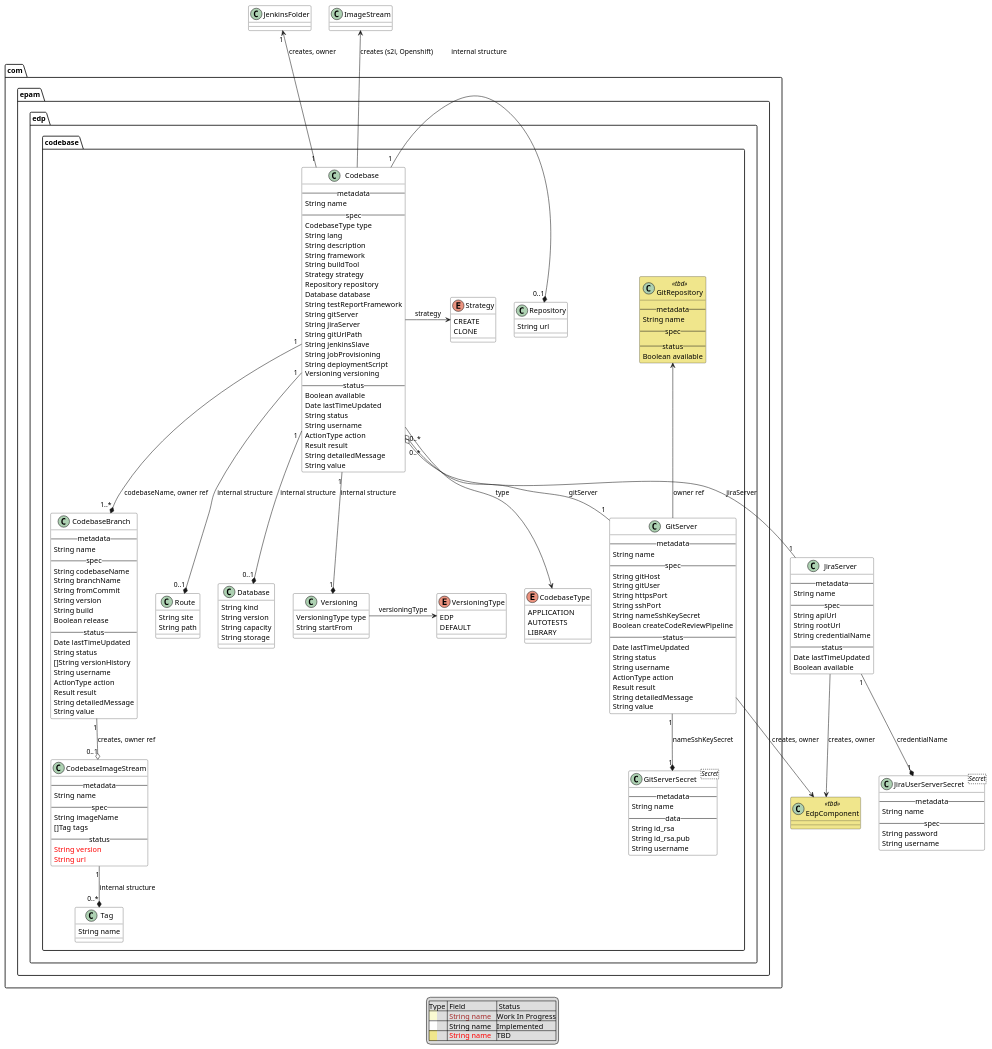
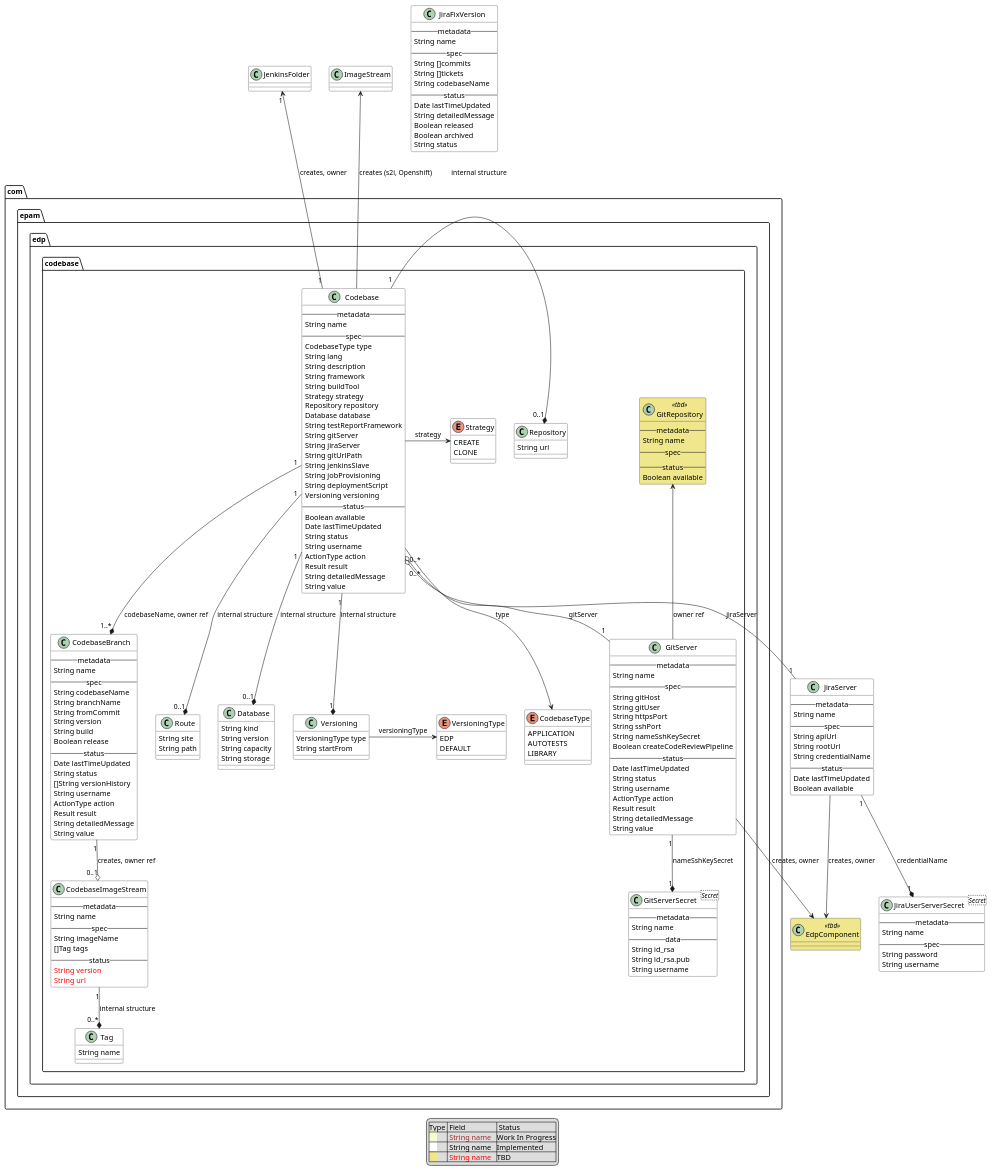
Before and after one commit to epam/edp-codebase-operator: the diagram in documentation/puml/arch.puml, drawn with PlantUML. The commit also changed 5 other files, not shown here.

Commit message:
[EPMDEDP-4556] Set ownerRef in JiraFixVersion controller; Update arch diagram with JiraFixVersion

```diff
--- a/documentation/puml/arch.puml
+++ b/documentation/puml/arch.puml
@@ -186,6 +186,21 @@
        String username
   }
 
+  class JiraFixVersion {
+    -- metadata --
+        String name
+    -- spec --
+        String []commits
+        String []tickets
+        String codebaseName
+    -- status --
+        Date lastTimeUpdated
+        String detailedMessage
+        Boolean released
+        Boolean archived
+        String status
+  }
+
 class EdpComponent <<tbd>> {
 }
 
```
